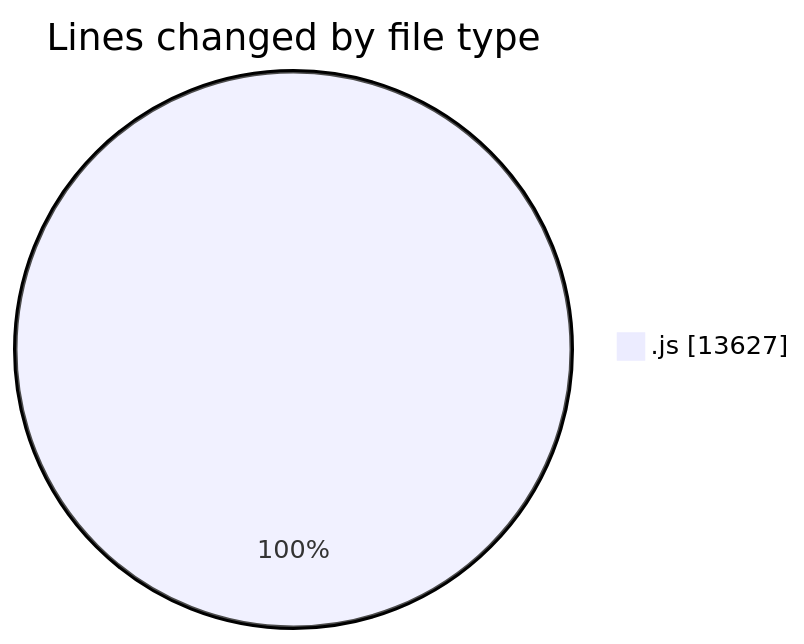
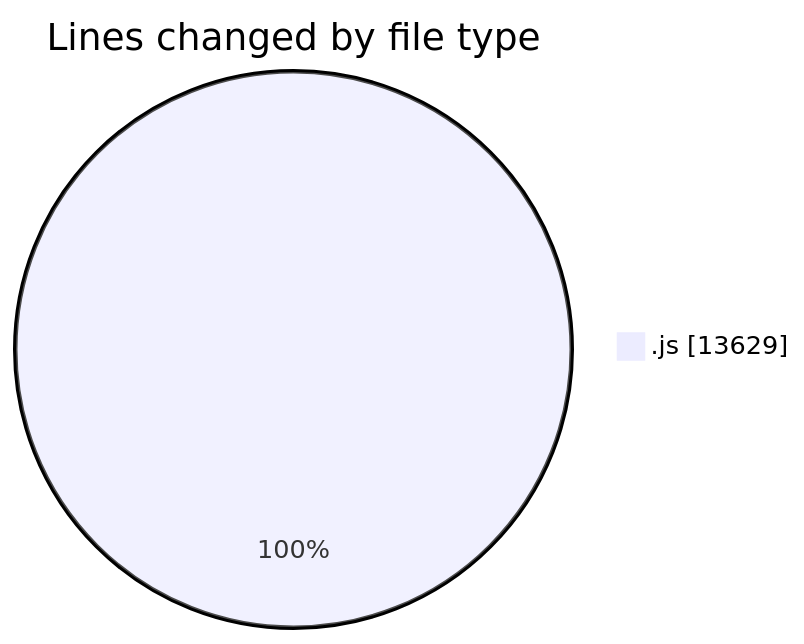
Before and after one commit to nxtqubesakshisongat/code-tracking: the first of 2 diagrams in 2025-12-09/nxtqube_webapp/README.md, drawn with Mermaid. The commit also changed other lines of this file and 1 other file, not shown here.

````diff
--- a/2025-12-09/nxtqube_webapp/README.md
+++ b/2025-12-09/nxtqube_webapp/README.md
@@ -20,5 +20,5 @@
 ```mermaid
 pie showData
 title Lines changed by file type
-".js" : 13627
+".js" : 13629
 ```
````
